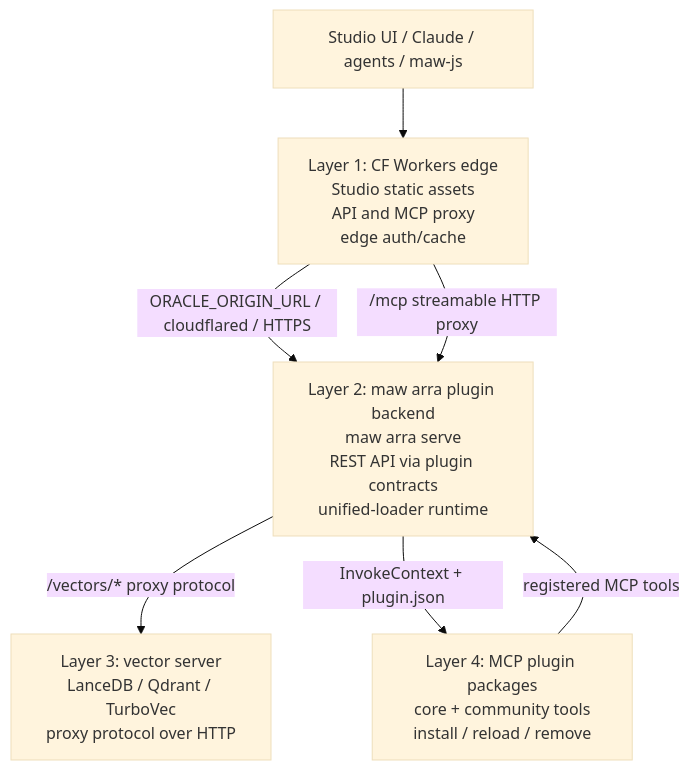
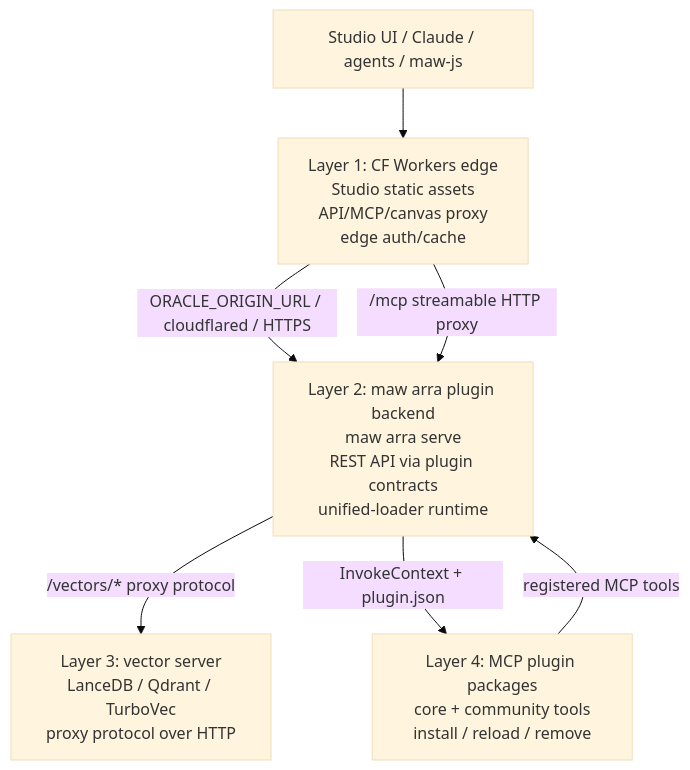
Before and after one commit to Soul-Brews-Studio/arra-oracle-v3: the diagram in docs/architecture/modular-backend.md, drawn with Mermaid (base theme). The commit also changed other lines of this file and 9 other files, not shown here.

````diff
--- a/docs/architecture/modular-backend.md
+++ b/docs/architecture/modular-backend.md
@@ -10,15 +10,15 @@
 ```mermaid
 flowchart TD
   Clients[Studio UI / Claude / agents / maw-js]
-  Edge[Layer 1: CF Workers edge\nStudio static assets\nAPI and MCP proxy\nedge auth/cache]
+  Edge[Layer 1: CF Workers edge\nStudio static assets\nAPI/MCP/canvas proxy\nedge auth/cache]
   Backend[Layer 2: maw arra plugin backend\nmaw arra serve\nREST API via plugin contracts\nunified-loader runtime]
   Vector[Layer 3: vector server\nLanceDB / Qdrant / TurboVec\nproxy protocol over HTTP]
   Plugins[Layer 4: MCP plugin packages\ncore + community tools\ninstall / reload / remove]
 
   Clients --> Edge
   Edge -->|ORACLE_ORIGIN_URL / cloudflared / HTTPS| Backend
   Backend -->|/vectors/* proxy protocol| Vector
   Backend -->|InvokeContext + plugin.json| Plugins
   Plugins -->|registered MCP tools| Backend
   Edge -->|/mcp streamable HTTP proxy| Backend
 ```
````
